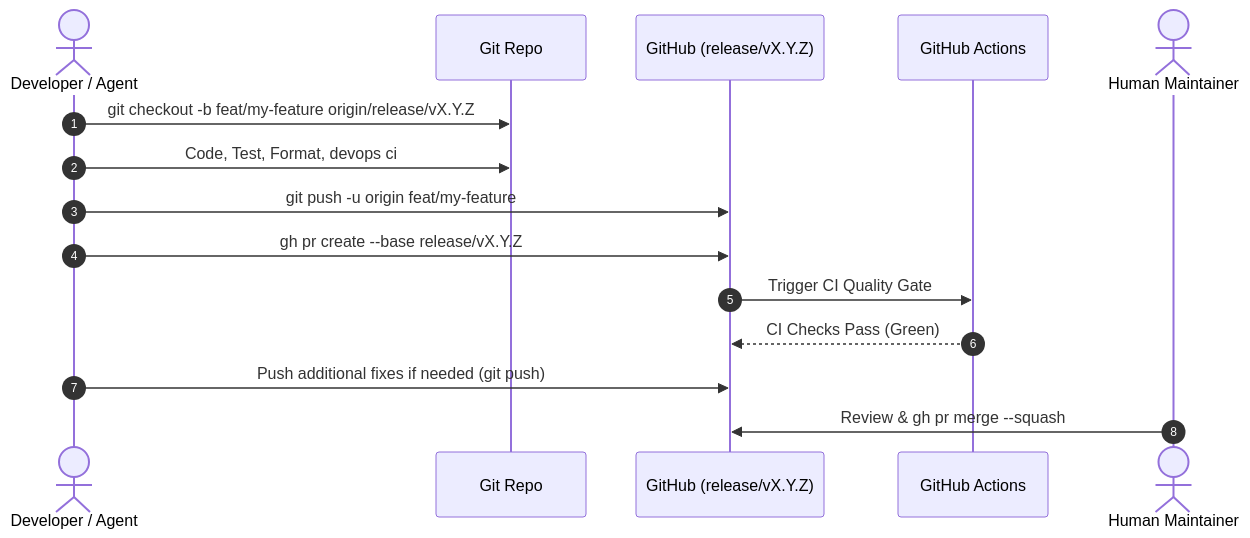
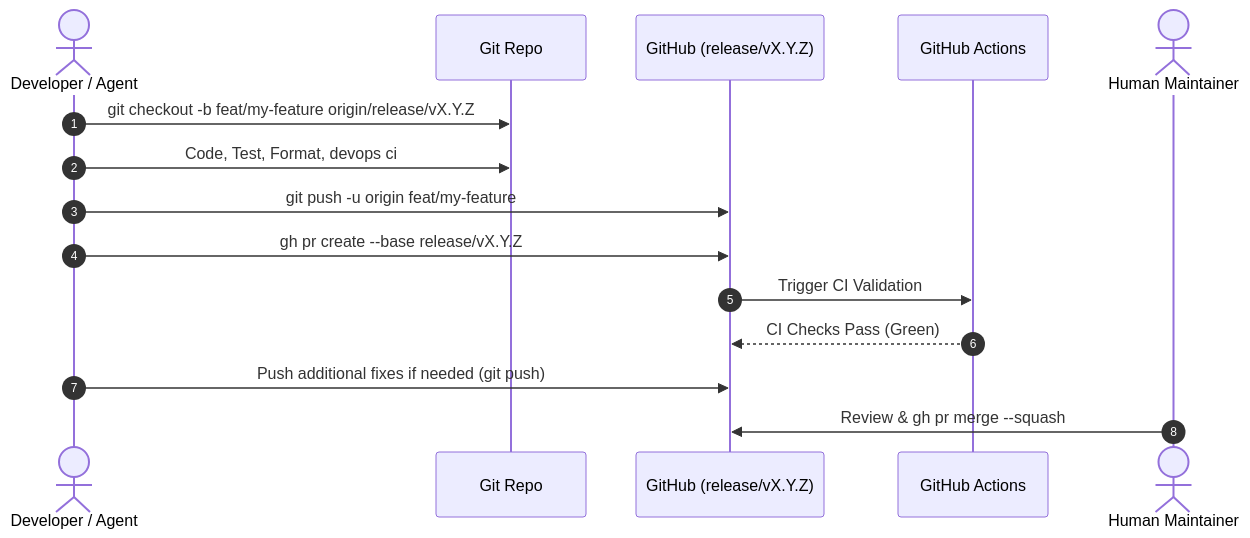
Before and after one commit to dan-petty/devops-cli: the second of 3 diagrams in docs/ROUTINE_TASKS.md, drawn with Mermaid. The commit also changed other lines of this file and 6 other files, not shown here.

Commit message:
chore(ci): rename quality-gate job to validate and standardize evergreen validation language

````diff
--- a/docs/ROUTINE_TASKS.md
+++ b/docs/ROUTINE_TASKS.md
@@ -101,18 +101,18 @@
 ```mermaid
 sequenceDiagram
     autonumber
     actor Dev as Developer / Agent
     participant Git as Git Repo
     participant Hub as GitHub (release/vX.Y.Z)
     participant CI as GitHub Actions
     actor Maintainer as Human Maintainer
 
     Dev->>Git: git checkout -b feat/my-feature origin/release/vX.Y.Z
     Dev->>Git: Code, Test, Format, devops ci
     Dev->>Hub: git push -u origin feat/my-feature
     Dev->>Hub: gh pr create --base release/vX.Y.Z
-    Hub->>CI: Trigger CI Quality Gate
+    Hub->>CI: Trigger CI Validation
     CI-->>Hub: CI Checks Pass (Green)
     Dev->>Hub: Push additional fixes if needed (git push)
     Maintainer->>Hub: Review & gh pr merge --squash
 ```
````
